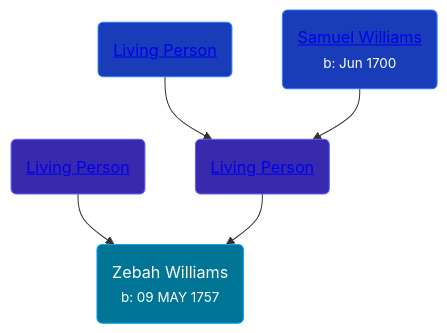
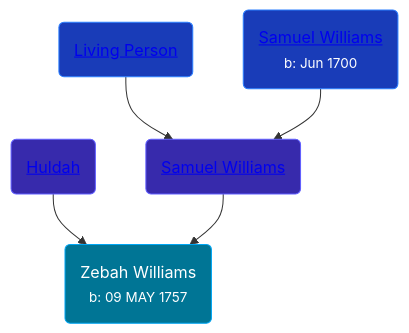
Before and after one commit to wpmgotkh/wpmgotkh.github.io: the diagram in pages/people/7/77989824.md, drawn with Mermaid. The commit also changed other lines of this file and 586 other files, not shown here.

Commit message:
feat: better shouldConsiderPersonLiving algo

````diff
--- a/pages/people/7/77989824.md
+++ b/pages/people/7/77989824.md
@@ -10,11 +10,11 @@
 ```mermaid
 graph
 classDef grands fill:#193cb8,stroke:#2b7fff,stroke-width:1px,color:#fff;
 classDef parents fill:#372aac,stroke:#615fff,stroke-width:1px,color:#fff;
 classDef primary fill:#007595,stroke:#00a6f4,stroke-width:1px,color:#fff;
 77989824(Zebah Williams<br /><small>b: 09 MAY 1757</small>):::primary
-62871690(<a class="text-white" href="/people/6/62871690">Living Person</a>):::parents-->77989824
-55971024(<a class="text-white" href="/people/5/55971024">Living Person</a>):::parents-->77989824
+62871690(<a class="text-white" href="/people/6/62871690">Huldah </a>):::parents-->77989824
+55971024(<a class="text-white" href="/people/5/55971024">Samuel Williams</a>):::parents-->77989824
 27215076(<a class="text-white" href="/people/2/27215076">Living Person</a>):::grands-->55971024
 90108080(<a class="text-white" href="/people/9/90108080">Samuel Williams</a><br /><small>b: Jun 1700</small>):::grands-->55971024
 ```
````
